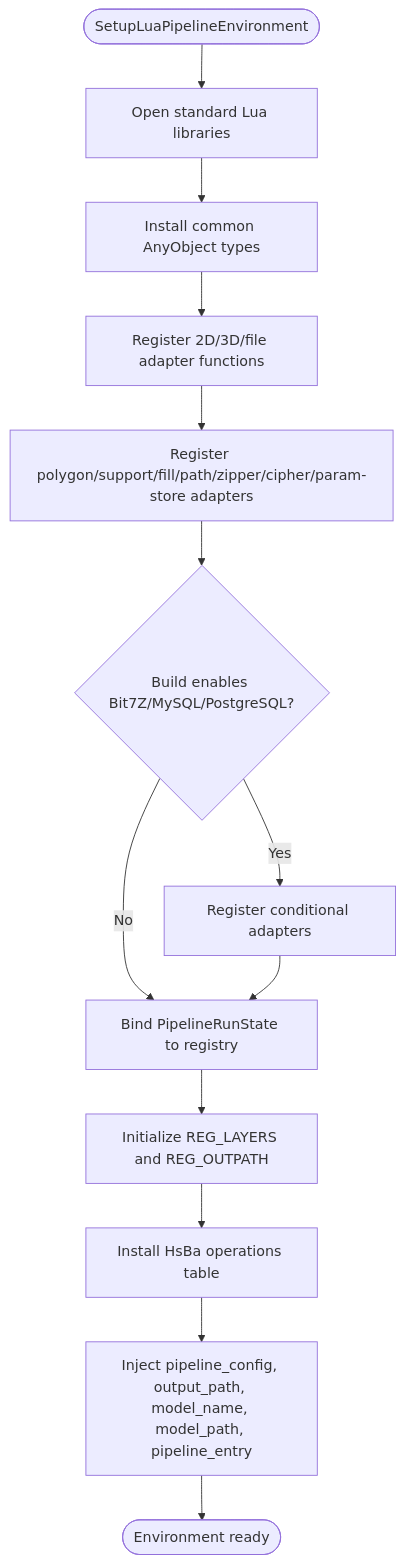
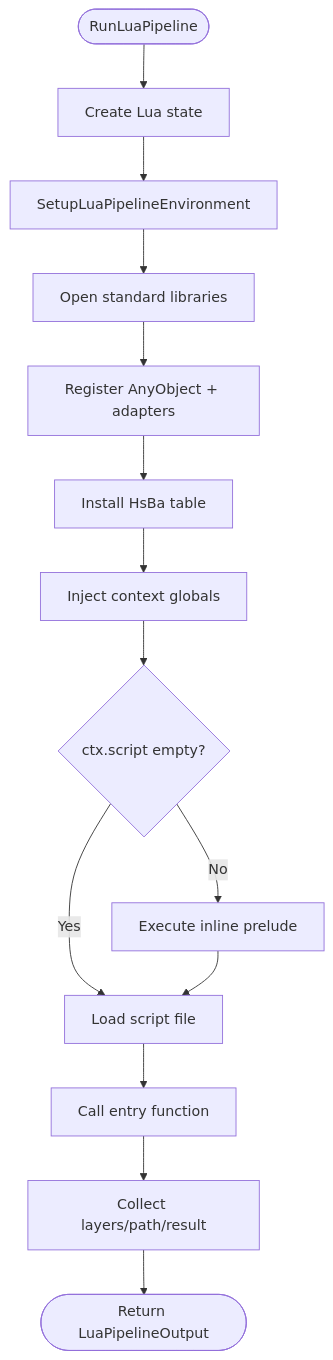
One commit to hsmbanlance/HsBaSlicer changed the third of 7 diagrams in .qoder/repowiki/en/content/Lua Scripting System/Lua Environment Setup.md. Above: the diagram before and after it, drawn with Mermaid. The commit also changed other lines of this file and 1095 other files, not shown here.

````diff
--- a/.qoder/repowiki/en/content/Lua Scripting System/Lua Environment Setup.md
+++ b/.qoder/repowiki/en/content/Lua Scripting System/Lua Environment Setup.md
@@ -198,15 +170,16 @@
 ```mermaid
 flowchart TD
-Start(["SetupLuaPipelineEnvironment"]) --> OpenLibs["Open standard Lua libraries"]
-OpenLibs --> InstallAnyObject["Install common AnyObject types"]
-InstallAnyObject --> RegisterPools["Register 2D/3D/file adapter functions"]
-RegisterPools --> RegisterHelpers["Register polygon/support/fill/path/zipper/cipher/param-store adapters"]
-RegisterHelpers --> ConditionalAdapters{"Build enables Bit7Z/MySQL/PostgreSQL?"}
-ConditionalAdapters --> |Yes| EnableAdapters["Register conditional adapters"]
-ConditionalAdapters --> |No| BindState["Bind PipelineRunState to registry"]
-EnableAdapters --> BindState
-BindState --> InitSlots["Initialize REG_LAYERS and REG_OUTPATH"]
-InitSlots --> InstallHsBa["Install HsBa operations table"]
-InstallHsBa --> InjectGlobals["Inject pipeline_config, output_path, model_name, model_path, pipeline_entry"]
-InjectGlobals --> End(["Environment ready"])
+Start(["RunLuaPipeline"]) --> CreateState["Create Lua state"]
+CreateState --> SetupEnv["SetupLuaPipelineEnvironment"]
+SetupEnv --> OpenLibs["Open standard libraries"]
+OpenLibs --> RegTypes["Register AnyObject + adapters"]
+RegTypes --> InstallHsBa["Install HsBa table"]
+InstallHsBa --> InjectGlobals["Inject context globals"]
+InjectGlobals --> Prelude{"ctx.script empty?"}
+Prelude --> |No| ExecPrelude["Execute inline prelude"]
+Prelude --> |Yes| LoadFile["Load script file"]
+ExecPrelude --> LoadFile
+LoadFile --> CallEntry["Call entry function"]
+CallEntry --> CollectOut["Collect layers/path/result"]
+CollectOut --> End(["Return LuaPipelineOutput"])
 ```
````
